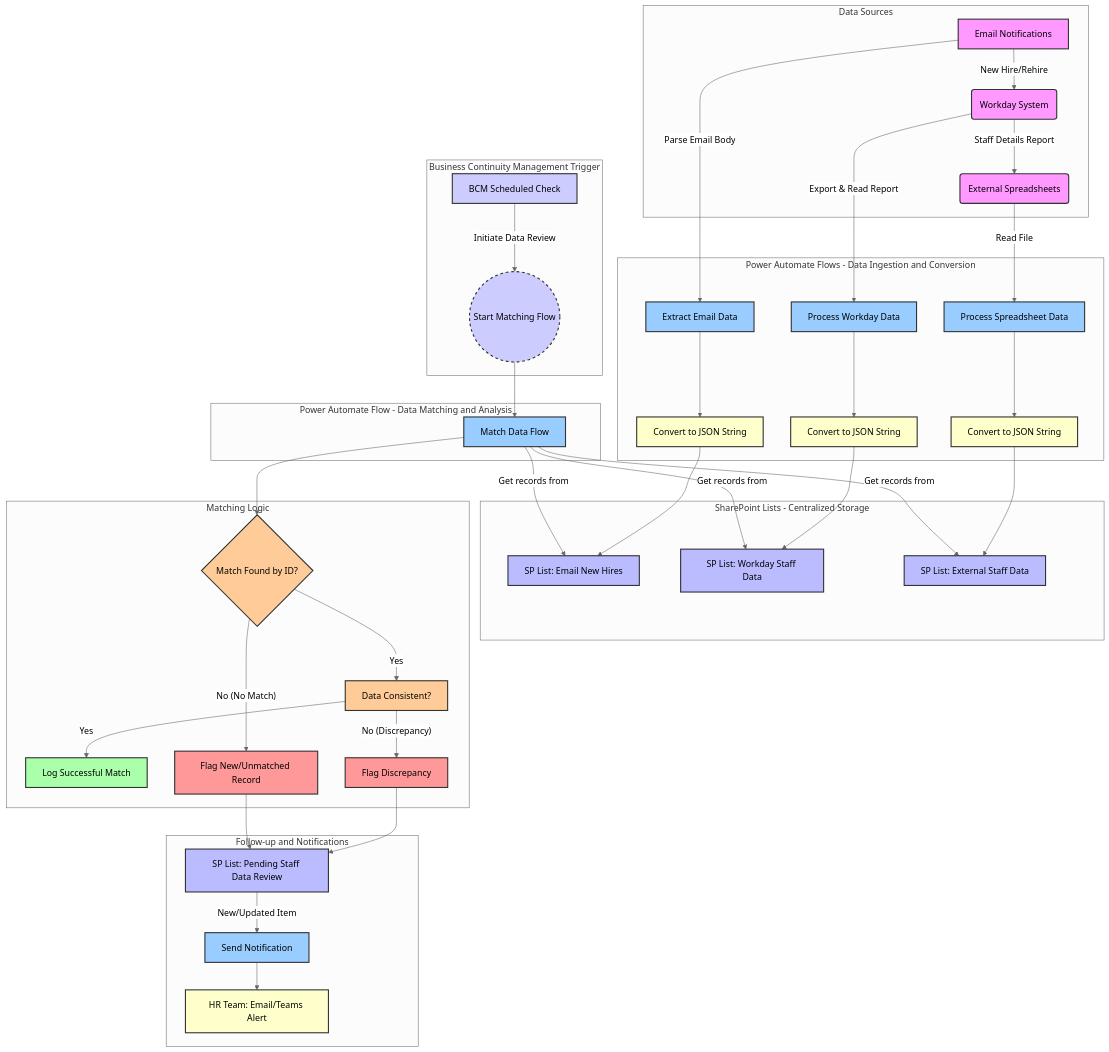
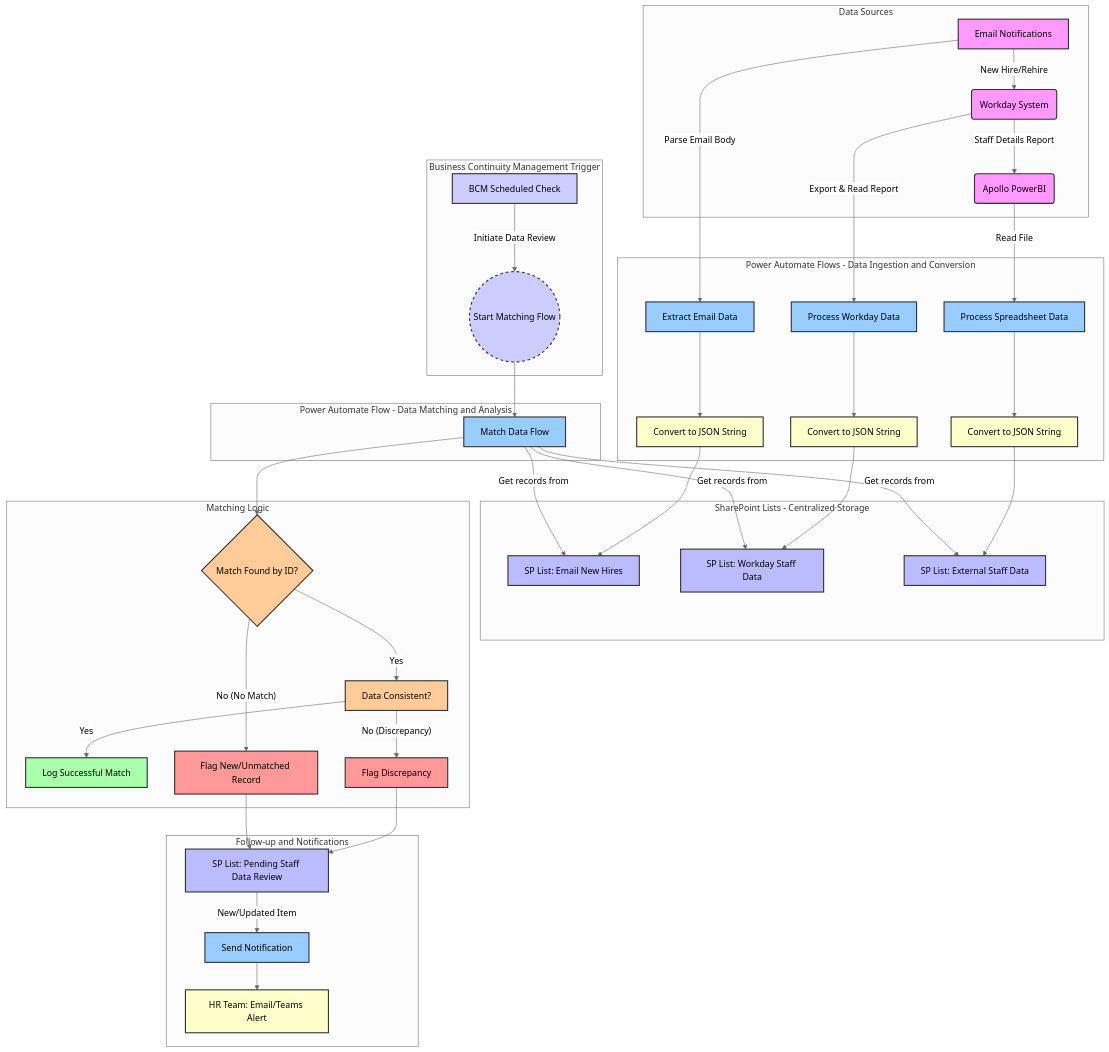
The diagram in README.md (kairin/mermaid), drawn with Mermaid before and after one commit.

````diff
--- a/README.md
+++ b/README.md
@@ -1,79 +1,79 @@
 ```mermaid
 
 
 %%{init: {'theme': 'neutral'}}%%
 graph TD
     subgraph Data Sources
         A[Email Notifications] -->|New Hire/Rehire| B(Workday System)
-        B -->|Staff Details Report| C(External Spreadsheets)
+        B -->|Staff Details Report| C(Apollo PowerBI)
     end
 
     subgraph Power Automate Flows - Data Ingestion and Conversion
         A -- Parse Email Body --> PA1[Extract Email Data]
         PA1 --> JSON1[Convert to JSON String]
         
         B -- Export & Read Report --> PA2[Process Workday Data]
         PA2 --> JSON2[Convert to JSON String]
         
         C -- Read File --> PA3[Process Spreadsheet Data]
         PA3 --> JSON3[Convert to JSON String]
     end
 
     subgraph SharePoint Lists - Centralized Storage
         JSON1 --> SP1[SP List: Email New Hires]
         JSON2 --> SP2[SP List: Workday Staff Data]
         JSON3 --> SP3[SP List: External Staff Data]
     end
 
     subgraph Business Continuity Management Trigger
         BCM_Trigger[BCM Scheduled Check] -->|Initiate Data Review| PA4_Start
     end
 
     subgraph Power Automate Flow - Data Matching and Analysis
         PA4_Start((Start Matching Flow)) --> PA4[Match Data Flow]
         PA4 -->|Get records from| SP2
         PA4 -->|Get records from| SP1
         PA4 -->|Get records from| SP3
     end
 
     subgraph Matching Logic
         PA4 --> D{Match Found by ID?}
         D -- Yes --> E[Data Consistent?]
         E -- Yes --> F[Log Successful Match]
         E -- No (Discrepancy) --> G[Flag Discrepancy]
         D -- No (No Match) --> H[Flag New/Unmatched Record]
     end
 
     subgraph Follow-up and Notifications
         G --> SP4[SP List: Pending Staff Data Review]
         H --> SP4
         SP4 -- New/Updated Item --> PA5[Send Notification]
         PA5 --> I[HR Team: Email/Teams Alert]
     end
 
     style A fill:#f9f,stroke:#333,stroke-width:2px
     style B fill:#f9f,stroke:#333,stroke-width:2px
     style C fill:#f9f,stroke:#333,stroke-width:2px
     style PA1 fill:#9cf,stroke:#333,stroke-width:2px
     style PA2 fill:#9cf,stroke:#333,stroke-width:2px
     style PA3 fill:#9cf,stroke:#333,stroke-width:2px
     style JSON1 fill:#ffc,stroke:#333,stroke-width:2px
     style JSON2 fill:#ffc,stroke:#333,stroke-width:2px
     style JSON3 fill:#ffc,stroke:#333,stroke-width:2px
     style SP1 fill:#bbf,stroke:#333,stroke-width:2px
     style SP2 fill:#bbf,stroke:#333,stroke-width:2px
     style SP3 fill:#bbf,stroke:#333,stroke-width:2px
     style PA4 fill:#9cf,stroke:#333,stroke-width:2px
     style PA4_Start fill:#ccf,stroke:#333,stroke-width:2px,stroke-dasharray: 5 5
     style BCM_Trigger fill:#ccf,stroke:#333,stroke-width:2px
     style D fill:#fc9,stroke:#333,stroke-width:2px
     style E fill:#fc9,stroke:#333,stroke-width:2px
     style F fill:#afa,stroke:#333,stroke-width:2px
     style G fill:#f99,stroke:#333,stroke-width:2px
     style H fill:#f99,stroke:#333,stroke-width:2px
     style SP4 fill:#bbf,stroke:#333,stroke-width:2px
     style PA5 fill:#9cf,stroke:#333,stroke-width:2px
     style I fill:#ffc,stroke:#333,stroke-width:2px
 
 
 ```
````
